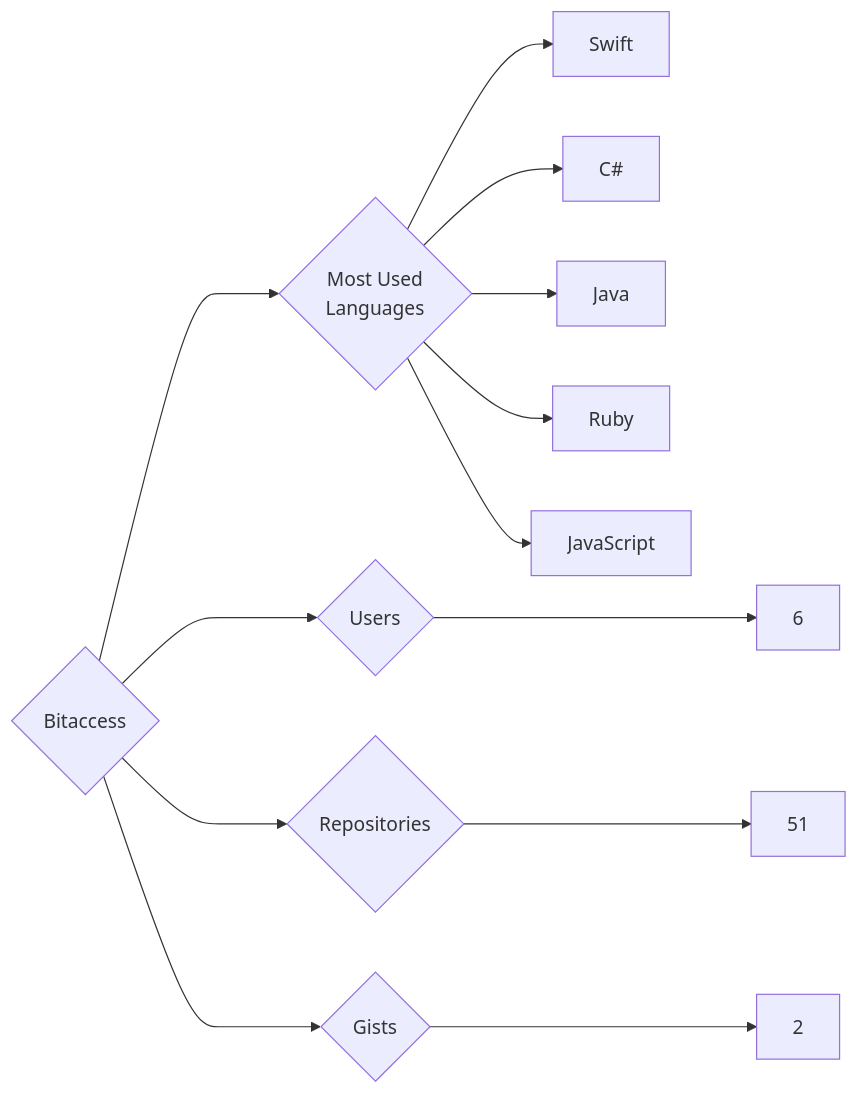
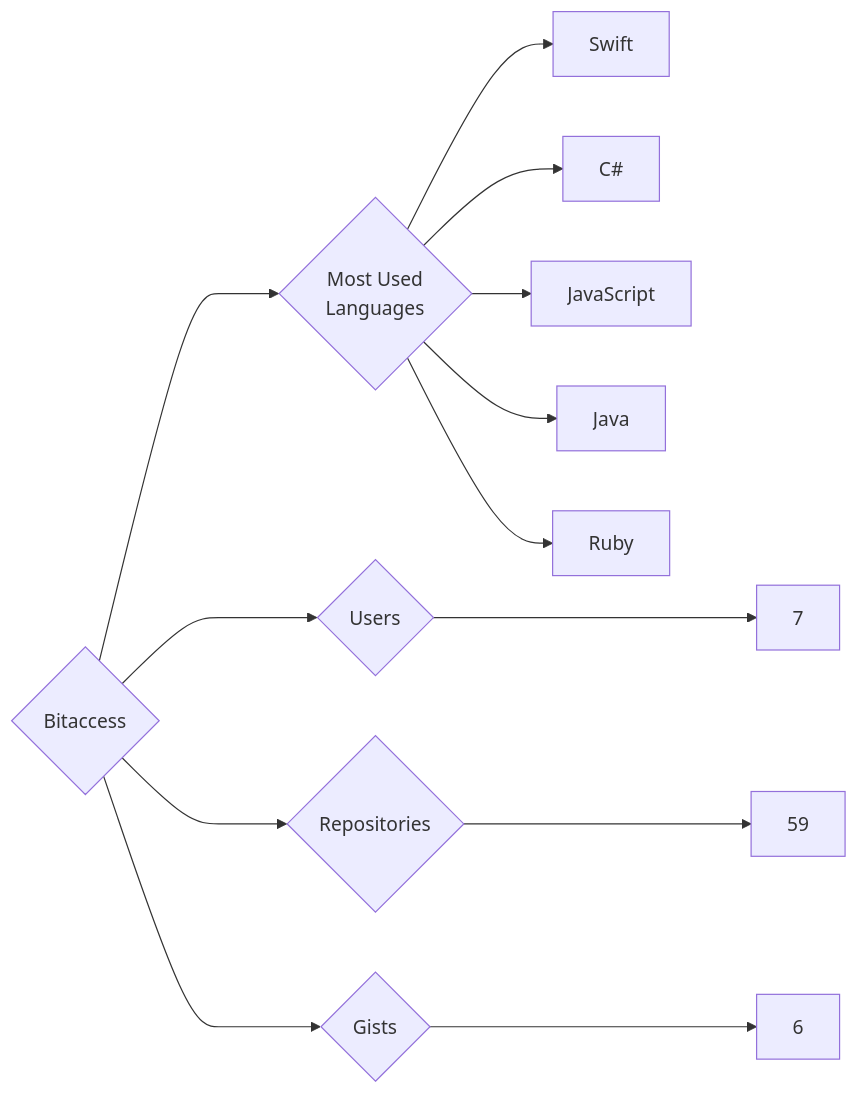
One commit to trickest/insiders changed the diagram in targets/Bitaccess/README.md. Above: the diagram before and after it, drawn with Mermaid. The commit also changed 988 other files, not shown here.

````diff
--- a/targets/Bitaccess/README.md
+++ b/targets/Bitaccess/README.md
@@ -3,13 +3,13 @@
 ```mermaid
 graph LR
 COMPANY_NAME{Bitaccess}
-COMPANY_NAME ---> U{Users} ---> UN[6]
-COMPANY_NAME ---> R{Repositories} ---> RN[51]
-COMPANY_NAME ---> G{Gists} ---> GN[2]
+COMPANY_NAME ---> U{Users} ---> UN[7]
+COMPANY_NAME ---> R{Repositories} ---> RN[59]
+COMPANY_NAME ---> G{Gists} ---> GN[6]
 COMPANY_NAME ---> ML{Most Used<br>Languages}
 ML --> Swift[Swift]
 ML --> C#[C#]
+ML --> JavaScript[JavaScript]
 ML --> Java[Java]
 ML --> Ruby[Ruby]
-ML --> JavaScript[JavaScript]
 ```
````
